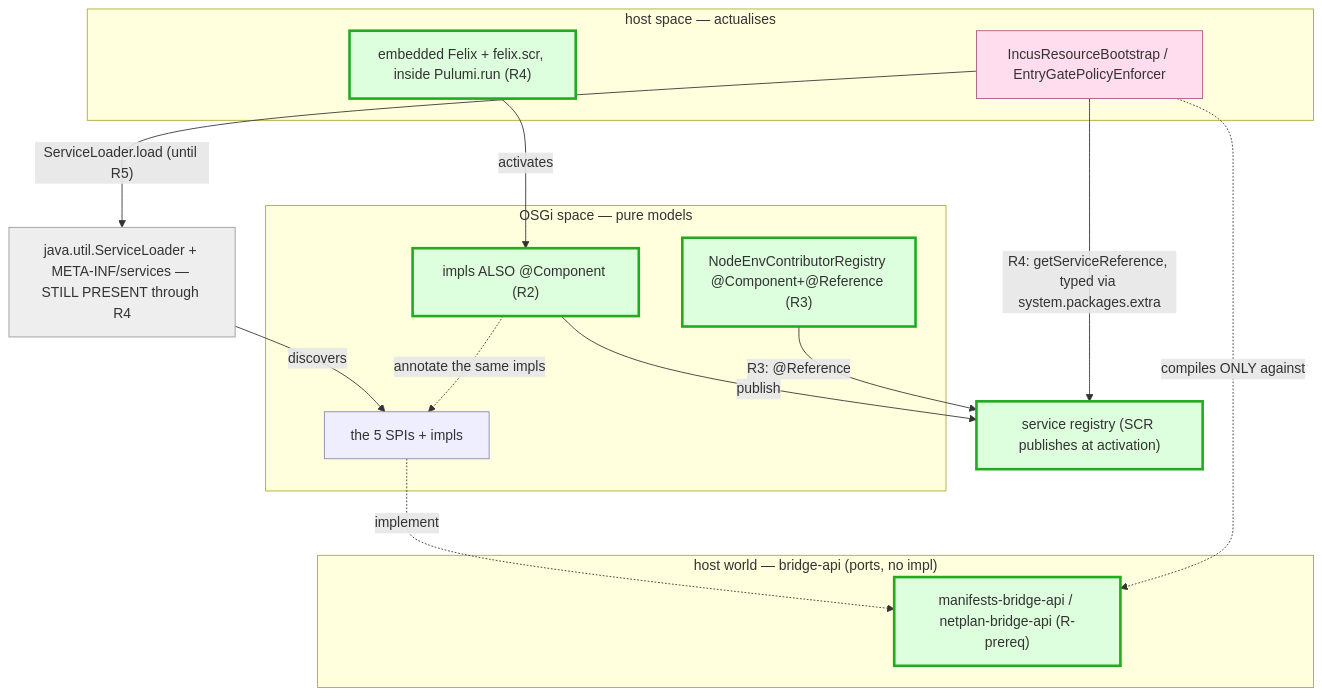
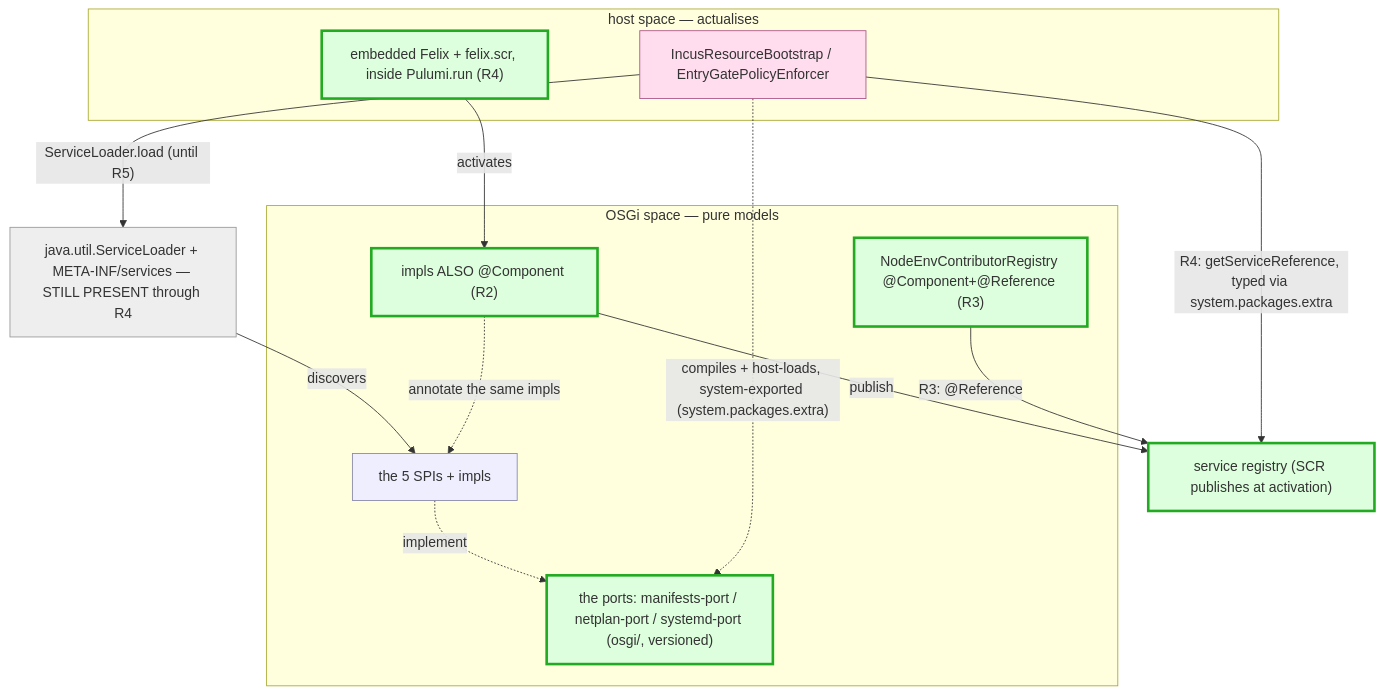
One commit to nxmatic/rke2lab changed the ninth of 9 diagrams in docs/architecture/integration-atlas.adoc. Above: the diagram before and after it, drawn with Mermaid. The commit also changed other lines of this file and 3 other files, not shown here.

First line of the commit message:
docs(atlas): retire bridge-api/host-owned-port framing → osgi port; define the term

```diff
--- a/docs/architecture/integration-atlas.adoc
+++ b/docs/architecture/integration-atlas.adoc
@@ -632,35 +643,33 @@
 [mermaid]
 ....
 flowchart TB
   subgraph OSGI["OSGi space — pure models"]
+    bapi["the ports: manifests-port / netplan-port / systemd-port (osgi/, versioned)"]:::neu
     spi["the 5 SPIs + impls"]:::osgi
     comp["impls ALSO @Component (R2)"]:::neu
     reg2["NodeEnvContributorRegistry @Component+@Reference (R3)"]:::neu
-  end
-  subgraph HOSTAPI["host world — bridge-api (ports, no impl)"]
-    bapi["manifests-bridge-api / netplan-bridge-api (R-prereq)"]:::neu
   end
   subgraph HOST["host space — actualises"]
     seam0["IncusResourceBootstrap / EntryGatePolicyEnforcer"]:::host
     fx["embedded Felix + felix.scr, inside Pulumi.run (R4)"]:::neu
   end
   sl["java.util.ServiceLoader + META-INF/services — STILL PRESENT through R4"]:::found
   reg["service registry (SCR publishes at activation)"]:::neu
   seam0 -->|"ServiceLoader.load (until R5)"| sl
   sl -->|discovers| spi
   comp -.->|annotate the same impls| spi
   fx -->|activates| comp
   comp -->|publish| reg
   seam0 -->|"R4: getServiceReference, typed via system.packages.extra"| reg
   reg2 -->|"R3: @Reference"| reg
   spi -.->|implement| bapi
-  seam0 -.->|"compiles ONLY against"| bapi
+  seam0 -.->|"compiles + host-loads, system-exported (system.packages.extra)"| bapi
   classDef osgi fill:#eef,stroke:#88a,stroke-width:1px;
   classDef host fill:#fde,stroke:#a58,stroke-width:1px;
   classDef found fill:#eee,stroke:#999,stroke-width:1px;
   classDef neu fill:#dfd,stroke:#2a2,stroke-width:3px;
   class spi osgi;
   class seam0 host;
   class sl found;
-  class comp,reg2,reg,fx,bapi,bapi neu;
+  class comp,reg2,reg,fx,bapi neu;
 ....
```
